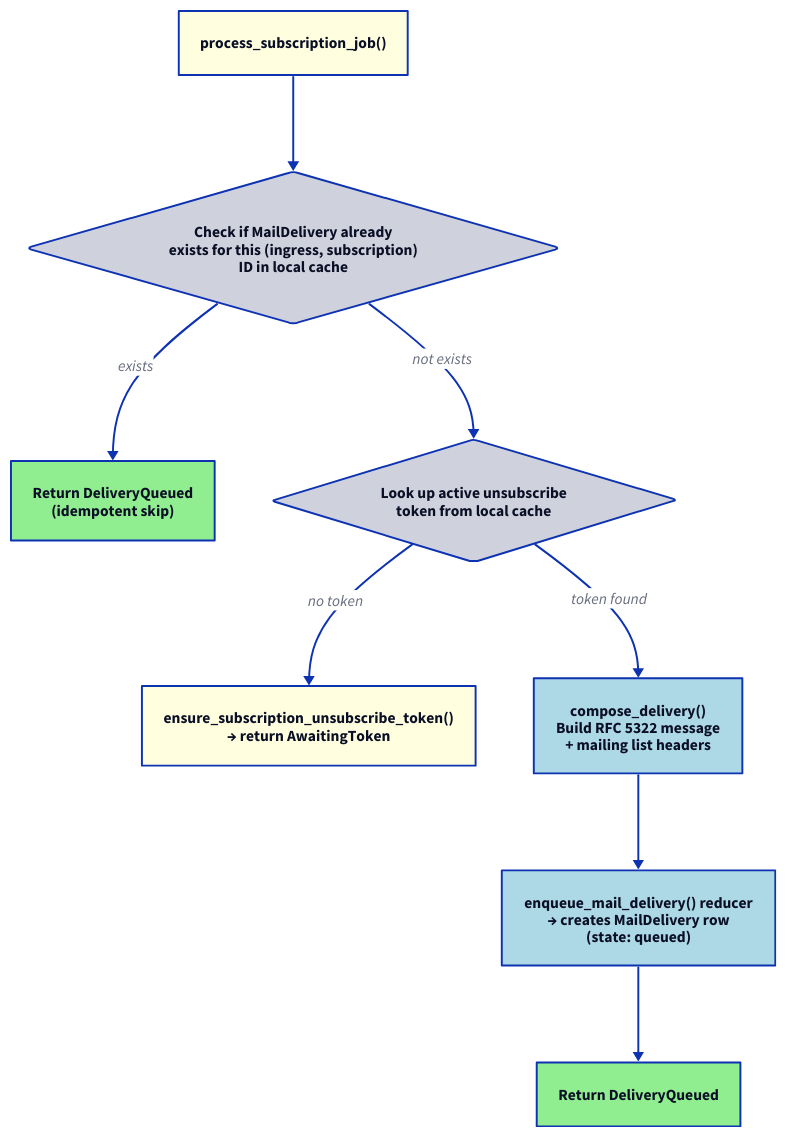
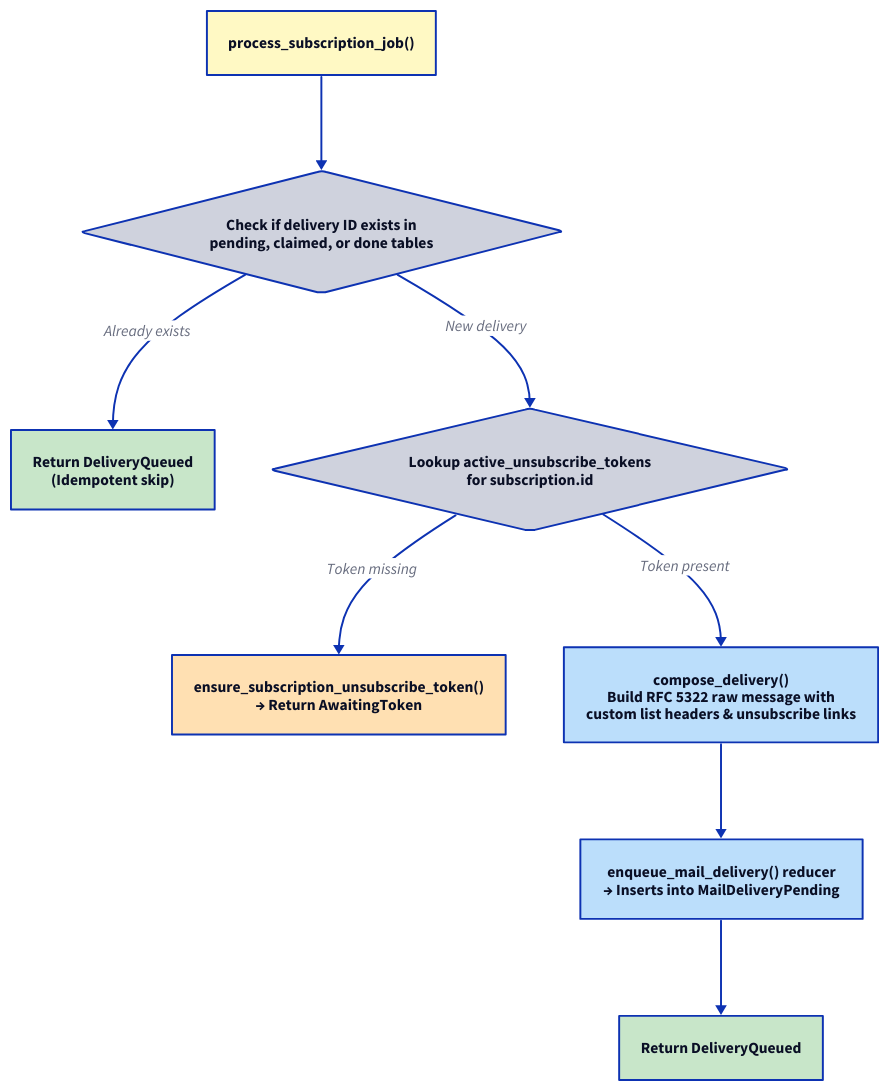
Before and after one commit to enaut/kommunikationszentrum: the diagram in docs/src/core/sender/control-flow-subscription-job.d2, drawn with D2. The commit also changed 18 other files, not shown here.

```diff
--- a/docs/src/core/sender/control-flow-subscription-job.d2
+++ b/docs/src/core/sender/control-flow-subscription-job.d2
@@ -1,17 +1,19 @@
 direction: down
 
-start: "process_subscription_job()" { style.fill: lightyellow }
-dup: "Check if MailDelivery already\nexists for this (ingress, subscription)\nID in local cache" { shape: diamond }
-skip: "Return DeliveryQueued\n(idempotent skip)" { style.fill: lightgreen }
-tok: "Look up active unsubscribe\ntoken from local cache" { shape: diamond }
-req: "ensure_subscription_unsubscribe_token()\n→ return AwaitingToken" { style.fill: lightyellow }
-comp: "compose_delivery()\nBuild RFC 5322 message\n+ mailing list headers" { style.fill: lightblue }
-enq: "enqueue_mail_delivery() reducer\n→ creates MailDelivery row\n(state: queued)" { style.fill: lightblue }
-ret: "Return DeliveryQueued" { style.fill: lightgreen }
+start: "process_subscription_job()" { style.fill: "#fff9c4" }
+dup: "Check if delivery ID exists in\npending, claimed, or done tables" { shape: diamond }
+skip: "Return DeliveryQueued\n(Idempotent skip)" { style.fill: "#c8e6c9" }
+
+tok: "Lookup active_unsubscribe_tokens\nfor subscription.id" { shape: diamond }
+req: "ensure_subscription_unsubscribe_token()\n→ Return AwaitingToken" { style.fill: "#ffe0b2" }
+
+comp: "compose_delivery()\nBuild RFC 5322 raw message with\ncustom list headers & unsubscribe links" { style.fill: "#bbdefb" }
+enq: "enqueue_mail_delivery() reducer\n→ Inserts into MailDeliveryPending" { style.fill: "#bbdefb" }
+ret: "Return DeliveryQueued" { style.fill: "#c8e6c9" }
 
 start -> dup
-dup -> skip: "exists"
-dup -> tok: "not exists"
-tok -> req: "no token"
-tok -> comp: "token found"
+dup -> skip: "Already exists"
+dup -> tok: "New delivery"
+tok -> req: "Token missing"
+tok -> comp: "Token present"
 comp -> enq -> ret
```
